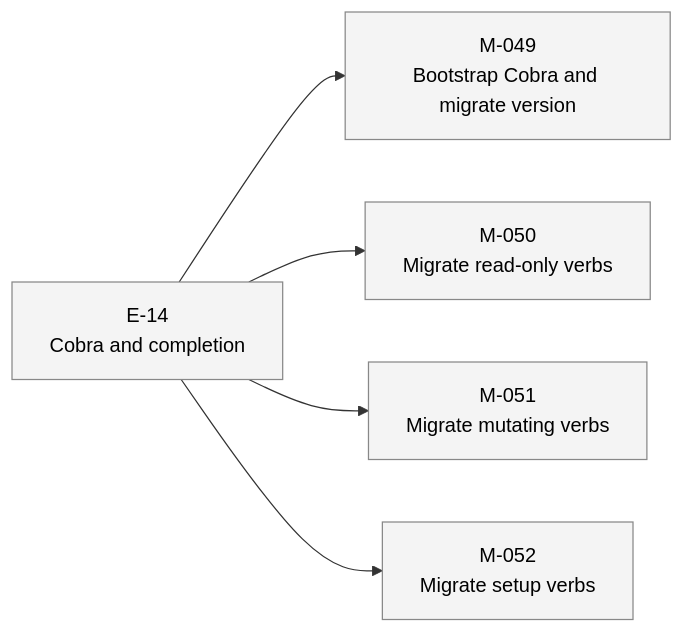
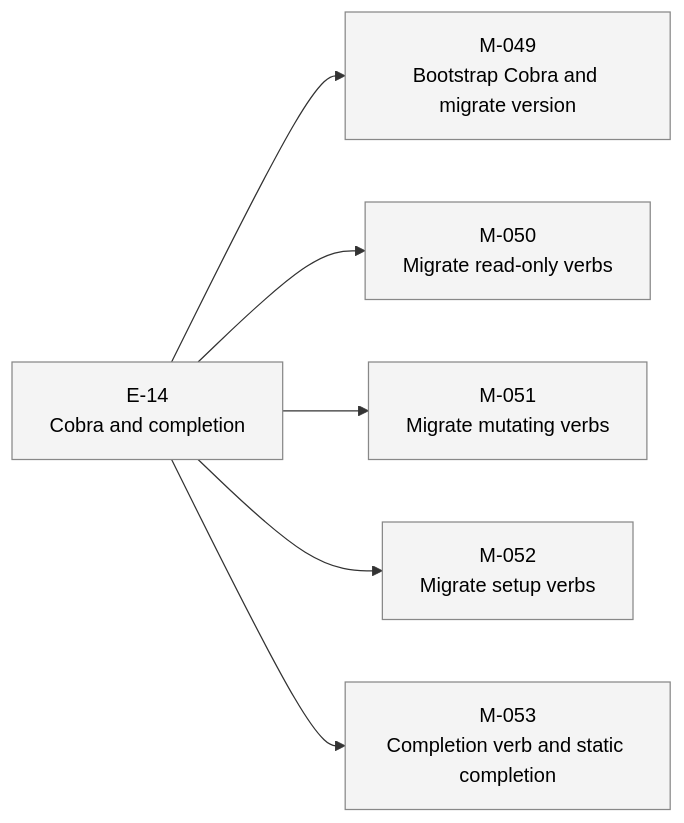
Before and after one commit to 23min/aiwf: the second of 2 diagrams in STATUS.md, drawn with Mermaid. The commit also changed other lines of this file and 1 other file, not shown here.

First line of the commit message:
aiwf add milestone M-053 "Completion verb and static completion"

````diff
--- a/STATUS.md
+++ b/STATUS.md
@@ -35,18 +36,20 @@
 ```mermaid
 flowchart LR
   E_14["E-14<br/>Cobra and completion"]:::epic_proposed
   M_049["M-049<br/>Bootstrap Cobra and migrate version"]:::ms_draft
   E_14 --> M_049
   M_050["M-050<br/>Migrate read-only verbs"]:::ms_draft
   E_14 --> M_050
   M_051["M-051<br/>Migrate mutating verbs"]:::ms_draft
   E_14 --> M_051
   M_052["M-052<br/>Migrate setup verbs"]:::ms_draft
   E_14 --> M_052
+  M_053["M-053<br/>Completion verb and static completion"]:::ms_draft
+  E_14 --> M_053
   classDef epic_active fill:#d6eaff,stroke:#1a73e8,color:#000
   classDef epic_proposed fill:#f4f4f4,stroke:#888,color:#000
   classDef ms_done fill:#d8f5d8,stroke:#2a8a2a,color:#000
   classDef ms_in_progress fill:#fff3c4,stroke:#caa400,color:#000
   classDef ms_draft fill:#f4f4f4,stroke:#888,color:#000
   classDef ms_cancelled fill:#fbeaea,stroke:#c33,color:#000
 ```
````
